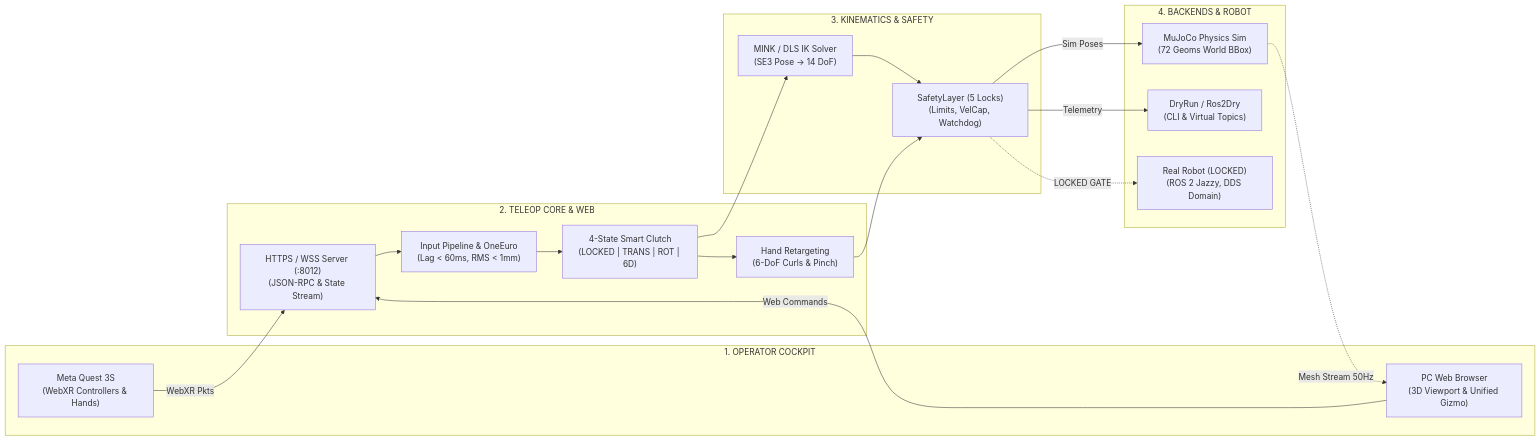
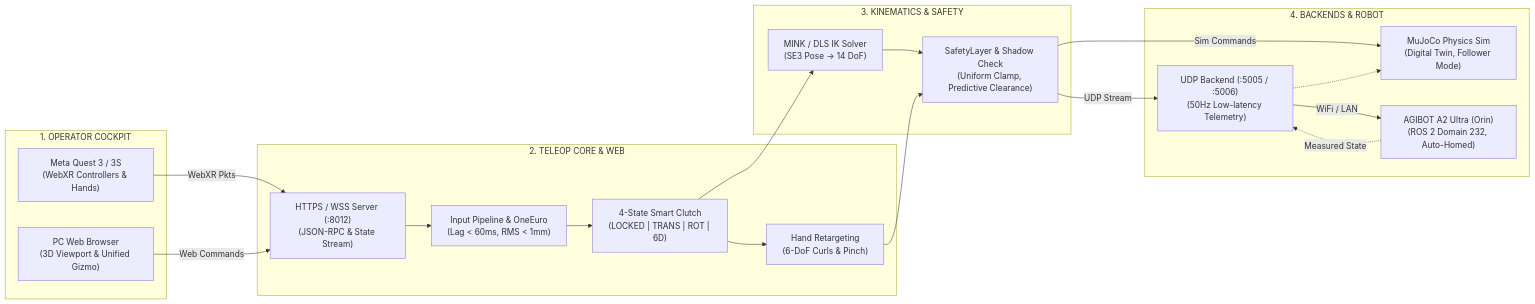
One commit to ToVuKhoiNguyen/Agibot_Teleoperation changed the diagram in README.md. Above: the diagram before and after it, drawn with Mermaid. The commit also changed other lines of this file and 22 other files, not shown here.

Commit message:
feat: real robot teleoperation initial alpha integration (chieu 9/11)

````diff
--- a/README.md
+++ b/README.md
@@ -17,34 +17,33 @@
 ```mermaid
 flowchart LR
     subgraph Cockpit["1. OPERATOR COCKPIT"]
-        Quest["Meta Quest 3S<br/>(WebXR Controllers & Hands)"]
+        Quest["Meta Quest 3 / 3S<br/>(WebXR Controllers & Hands)"]
         PC["PC Web Browser<br/>(3D Viewport & Unified Gizmo)"]
     end
 
     subgraph TeleopCore["2. TELEOP CORE & WEB"]
         Server["HTTPS / WSS Server (:8012)<br/>(JSON-RPC & State Stream)"]
         Filter["Input Pipeline & OneEuro<br/>(Lag < 60ms, RMS < 1mm)"]
         Clutch["4-State Smart Clutch<br/>(LOCKED | TRANS | ROT | 6D)"]
         HandRetarget["Hand Retargeting<br/>(6-DoF Curls & Pinch)"]
     end
 
     subgraph Kinematics["3. KINEMATICS & SAFETY"]
         IK["MINK / DLS IK Solver<br/>(SE3 Pose -> 14 DoF)"]
-        Safety["SafetyLayer (5 Locks)<br/>(Limits, VelCap, Watchdog)"]
+        Safety["SafetyLayer & Shadow Check<br/>(Uniform Clamp, Predictive Clearance)"]
     end
 
     subgraph Backends["4. BACKENDS & ROBOT"]
-        Sim["MuJoCo Physics Sim<br/>(72 Geoms World BBox)"]
-        Dry["DryRun / Ros2Dry<br/>(CLI & Virtual Topics)"]
-        Real["Real Robot (LOCKED)<br/>(ROS 2 Jazzy, DDS Domain)"]
+        Sim["MuJoCo Physics Sim<br/>(Digital Twin, Follower Mode)"]
+        Udp["UDP Backend (:5005 / :5006)<br/>(50Hz Low-latency Telemetry)"]
+        Orin["AGIBOT A2 Ultra (Orin)<br/>(ROS 2 Domain 232, Auto-Homed)"]
     end
 
     Quest -->|WebXR Pkts| Server
     PC -->|Web Commands| Server
     Server --> Filter --> Clutch --> IK --> Safety
     Clutch --> HandRetarget --> Safety
-    Safety -->|Sim Poses| Sim
-    Safety -->|Telemetry| Dry
-    Safety -.->|LOCKED GATE| Real
-    Sim -.->|Mesh Stream 50Hz| PC
+    Safety -->|Sim Commands| Sim
+    Safety -->|UDP Stream| Udp -->|WiFi / LAN| Orin
+    Orin -.->|Measured State| Udp -.-> Sim
 ```
````
